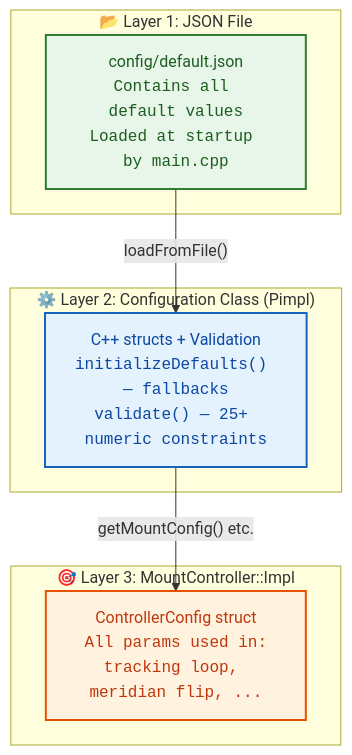
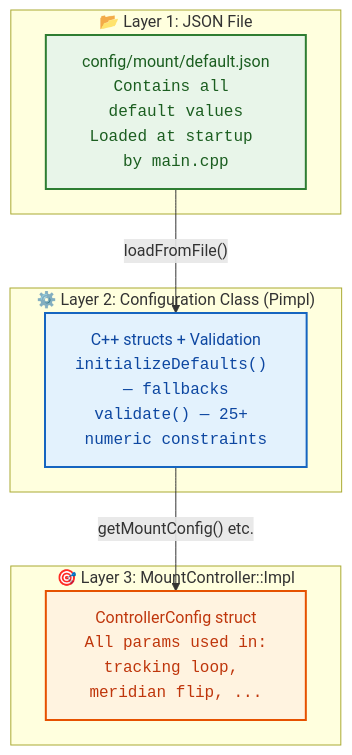
The fourth of 5 diagrams in docs/en/developer_onboarding.md (pielaszkiewicz-jacek/astro_mount_control), drawn with Mermaid before and after one commit. The commit also changed other lines of this file and 37 other files, not shown here.

````diff
--- a/docs/en/developer_onboarding.md
+++ b/docs/en/developer_onboarding.md
@@ -413,24 +413,24 @@
 ```mermaid
 flowchart TD
     subgraph Layer1["📂 Layer 1: JSON File"]
-        L1["config/default.json<br/><code>Contains all default values</code><br/><code>Loaded at startup by main.cpp</code>"]
+        L1["config/mount/default.json<br/><code>Contains all default values</code><br/><code>Loaded at startup by main.cpp</code>"]
     end
 
     subgraph Layer2["⚙️ Layer 2: Configuration Class (Pimpl)"]
         L2["C++ structs + Validation<br/><code>initializeDefaults() — fallbacks</code><br/><code>validate() — 25+ numeric constraints</code>"]
     end
 
     subgraph Layer3["🎯 Layer 3: MountController::Impl"]
         L3["ControllerConfig struct<br/><code>All params used in:</code><br/><code>tracking loop, meridian flip, ...</code>"]
     end
 
     L1 -->|"loadFromFile()"| L2
     L2 -->|"getMountConfig() etc."| L3
 
     classDef json fill:#e8f5e9,stroke:#2e7d32,stroke-width:2px,color:#1b5e20
     classDef config fill:#e3f2fd,stroke:#1565c0,stroke-width:2px,color:#0d47a1
     classDef impl fill:#fff3e0,stroke:#e65100,stroke-width:2px,color:#bf360c
     class L1 json
     class L2 config
     class L3 impl
 ```
````
